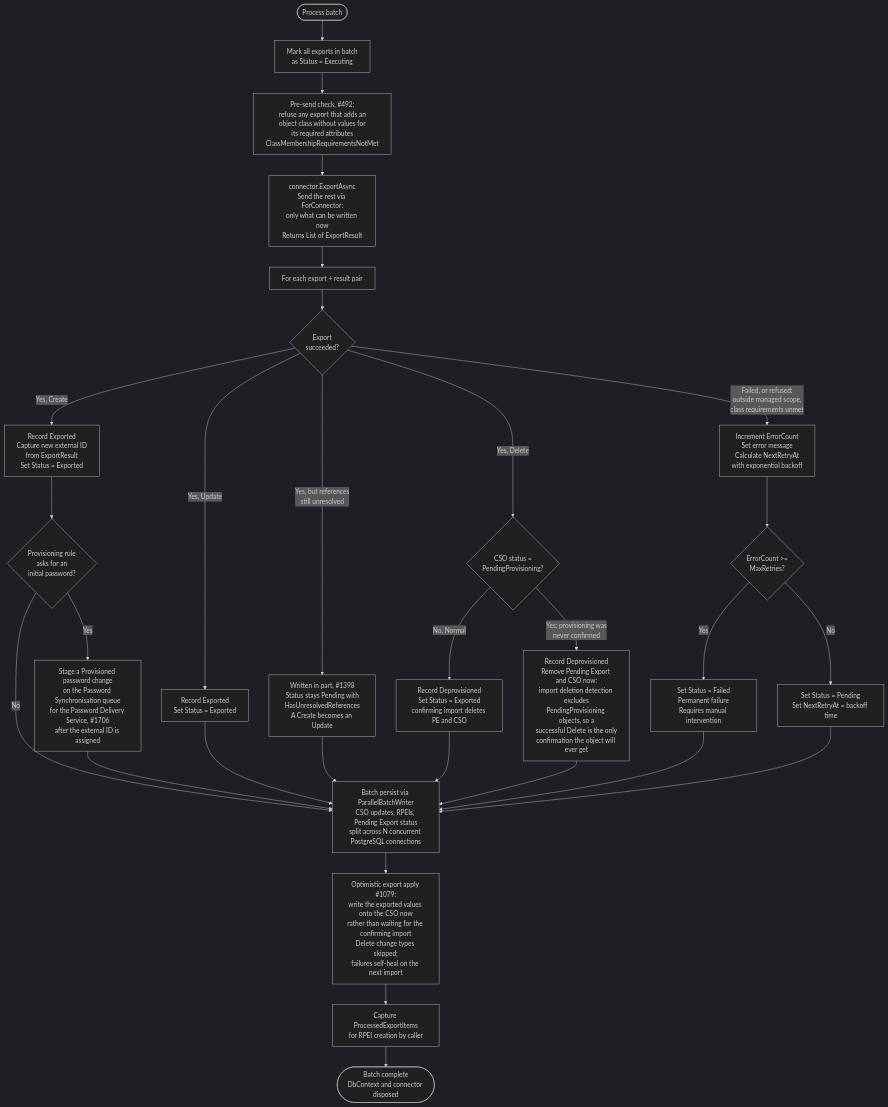
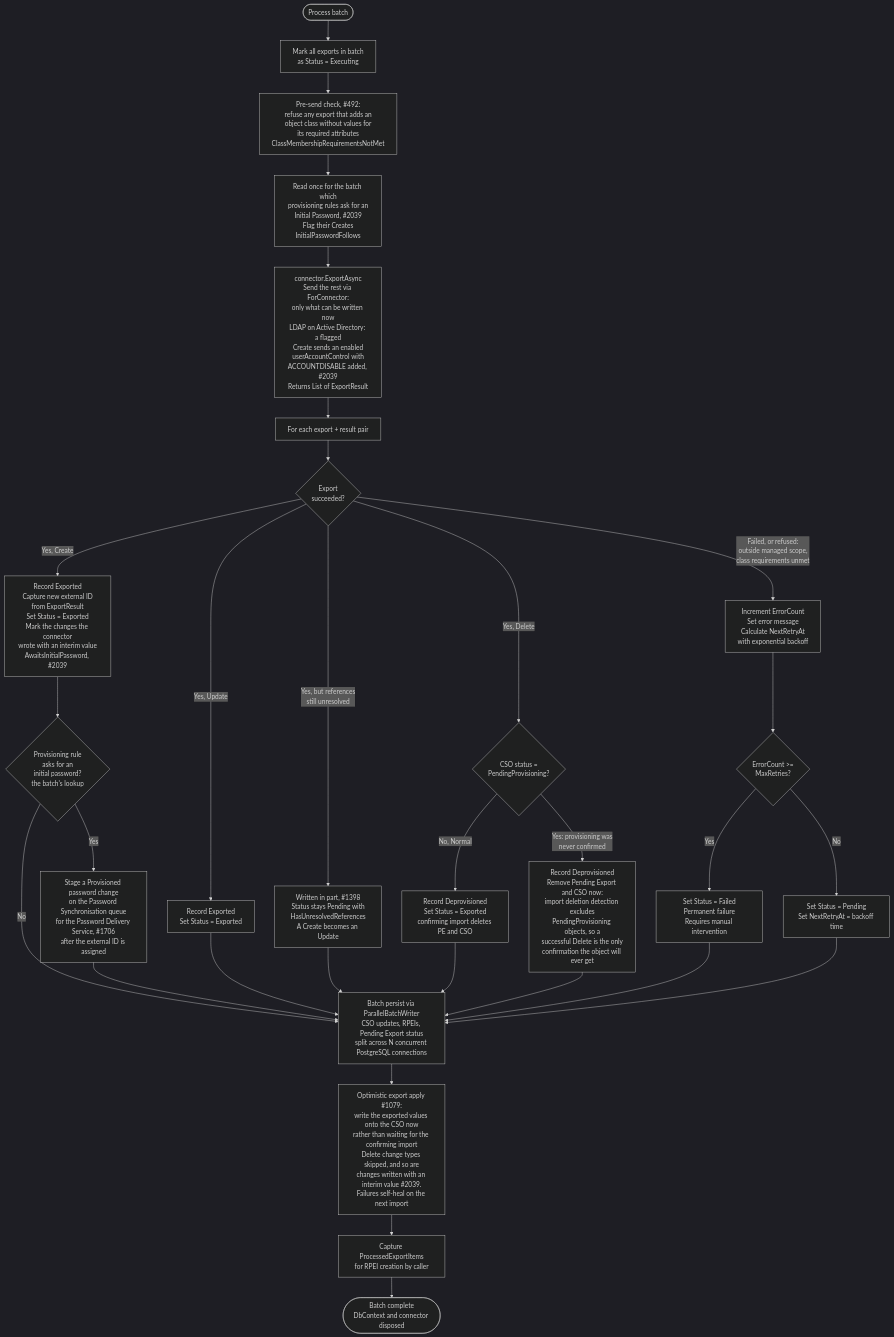
One commit to TetronIO/JIM changed the third of 5 diagrams in docs/developer/diagrams/EXPORT_EXECUTION_FLOW.md. Above: the diagram before and after it, drawn with Mermaid (dark theme). The commit also changed other lines of this file and 172 other files, not shown here.

First line of the commit message:
LDAP: refuse Object Type changes, create Active Directory accounts with an Initial Password, and fix partly applied membership exports (#2110)

````diff
--- a/docs/developer/diagrams/EXPORT_EXECUTION_FLOW.md
+++ b/docs/developer/diagrams/EXPORT_EXECUTION_FLOW.md
@@ -108,35 +108,36 @@
 ```mermaid
 flowchart TD
     Start([Process batch]) --> MarkExecuting[Mark all exports in batch<br/>as Status = Executing]
     MarkExecuting --> ClassCheck[Pre-send check, #492:<br/>refuse any export that adds an<br/>object class without values for<br/>its required attributes<br/>ClassMembershipRequirementsNotMet]
-    ClassCheck --> CallConnector[connector.ExportAsync<br/>Send the rest via ForConnector:<br/>only what can be written now<br/>Returns List of ExportResult]
+    ClassCheck --> InitialPasswordLookup[Read once for the batch which<br/>provisioning rules ask for an<br/>Initial Password, #2039<br/>Flag their Creates<br/>InitialPasswordFollows]
+    InitialPasswordLookup --> CallConnector[connector.ExportAsync<br/>Send the rest via ForConnector:<br/>only what can be written now<br/>LDAP on Active Directory: a flagged<br/>Create sends an enabled<br/>userAccountControl with<br/>ACCOUNTDISABLE added, #2039<br/>Returns List of ExportResult]
     CallConnector --> ProcessResults[For each export + result pair]
     ProcessResults --> CheckResult{Export<br/>succeeded?}
 
-    CheckResult -->|Yes, Create| HandleCreate[Record Exported<br/>Capture new external ID<br/>from ExportResult<br/>Set Status = Exported]
+    CheckResult -->|Yes, Create| HandleCreate[Record Exported<br/>Capture new external ID<br/>from ExportResult<br/>Set Status = Exported<br/>Mark the changes the connector<br/>wrote with an interim value<br/>AwaitsInitialPassword, #2039]
     CheckResult -->|Yes, Update| HandleUpdate[Record Exported<br/>Set Status = Exported]
     CheckResult -->|Yes, but references<br/>still unresolved| HandlePartial[Written in part, #1398<br/>Status stays Pending with<br/>HasUnresolvedReferences<br/>A Create becomes an Update]
     CheckResult -->|Yes, Delete| CsoStatus{CSO status =<br/>PendingProvisioning?}
     CsoStatus -->|No, Normal| HandleDelete[Record Deprovisioned<br/>Set Status = Exported<br/>confirming import deletes PE and CSO]
     CsoStatus -->|Yes: provisioning was<br/>never confirmed| HandleUnconfirmedDelete[Record Deprovisioned<br/>Remove Pending Export and CSO now:<br/>import deletion detection excludes<br/>PendingProvisioning objects, so a<br/>successful Delete is the only<br/>confirmation the object will ever get]
     CheckResult -->|Failed, or refused:<br/>outside managed scope,<br/>class requirements unmet| HandleFail[Increment ErrorCount<br/>Set error message<br/>Calculate NextRetryAt<br/>with exponential backoff]
 
-    HandleCreate --> InitialPassword{Provisioning rule<br/>asks for an<br/>initial password?}
+    HandleCreate --> InitialPassword{Provisioning rule<br/>asks for an<br/>initial password?<br/>the batch's lookup}
     InitialPassword -->|Yes| StagePassword[Stage a Provisioned password change<br/>on the Password Synchronisation queue<br/>for the Password Delivery Service, #1706<br/>after the external ID is assigned]
     InitialPassword -->|No| Persist
     StagePassword --> Persist
     HandleUpdate --> Persist
     HandlePartial --> Persist
     HandleDelete --> Persist
     HandleUnconfirmedDelete --> Persist
     HandleFail --> CheckMaxRetries{ErrorCount >=<br/>MaxRetries?}
     CheckMaxRetries -->|Yes| MarkFailed[Set Status = Failed<br/>Permanent failure<br/>Requires manual intervention]
     CheckMaxRetries -->|No| SetRetry[Set Status = Pending<br/>Set NextRetryAt = backoff time]
     MarkFailed --> Persist
     SetRetry --> Persist
 
     Persist[Batch persist via ParallelBatchWriter<br/>CSO updates, RPEIs, Pending Export status<br/>split across N concurrent PostgreSQL connections]
-    Persist --> Optimistic[Optimistic export apply #1079:<br/>write the exported values onto the CSO now<br/>rather than waiting for the confirming import<br/>Delete change types skipped;<br/>failures self-heal on the next import]
+    Persist --> Optimistic[Optimistic export apply #1079:<br/>write the exported values onto the CSO now<br/>rather than waiting for the confirming import<br/>Delete change types skipped, and so are<br/>changes written with an interim value #2039.<br/>Failures self-heal on the next import]
     Optimistic --> CaptureItems[Capture ProcessedExportItems<br/>for RPEI creation by caller]
     CaptureItems --> Done([Batch complete<br/>DbContext and connector disposed])
 ```
````
